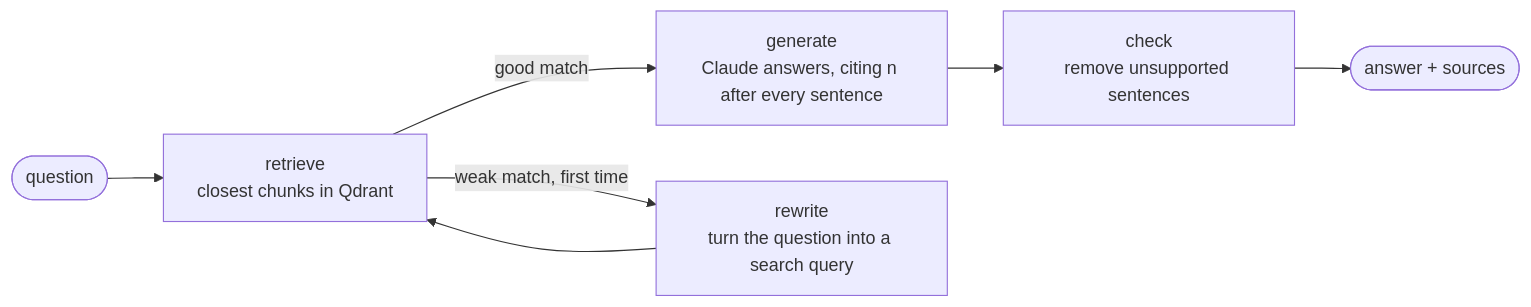
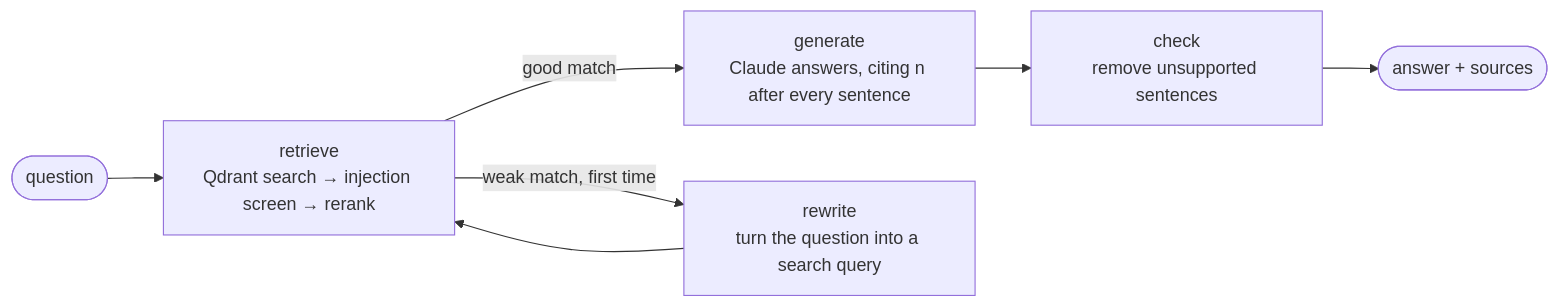
One commit to kartikmalhotra/cited-docs-agent changed the diagram in README.md. Above: the diagram before and after it, drawn with Mermaid. The commit also changed other lines of this file and 12 other files, not shown here.

First line of the commit message:
Add cross-encoder reranking and a prompt-injection screen; report top-1 and compare reranking in CI

````diff
--- a/README.md
+++ b/README.md
@@ -25,9 +25,9 @@
 ```mermaid
 flowchart LR
-    Q([question]) --> R[retrieve<br/>closest chunks in Qdrant]
+    Q([question]) --> R[retrieve<br/>Qdrant search → injection screen → rerank]
     R -->|good match| G[generate<br/>Claude answers, citing n after every sentence]
     R -->|weak match, first time| W[rewrite<br/>turn the question into a search query]
     W --> R
     G --> C[check<br/>remove unsupported sentences]
     C --> A([answer + sources])
 ```
````
